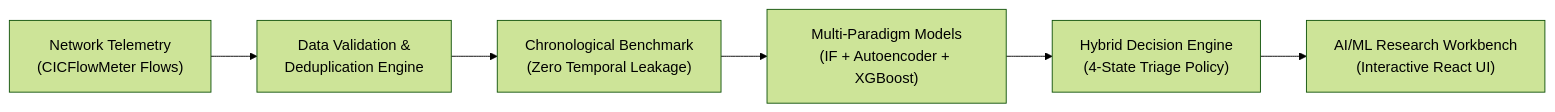
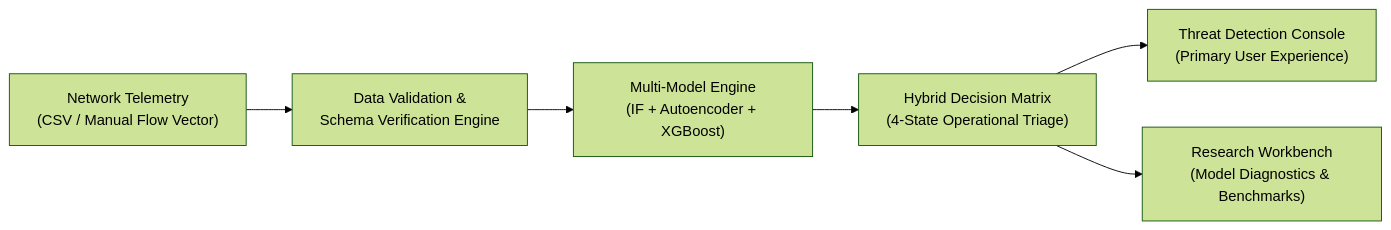
Before and after one commit to Nitin-0017/Netdefy: the first of 2 diagrams in README.md, drawn with Mermaid (forest theme). The commit also changed other lines of this file and 39 other files, not shown here.

````diff
--- a/README.md
+++ b/README.md
@@ -26,8 +35,8 @@
 ```mermaid
 flowchart LR
-    A["Network Telemetry\n(CICFlowMeter Flows)"] --> B["Data Validation &\nDeduplication Engine"]
-    B --> C["Chronological Benchmark\n(Zero Temporal Leakage)"]
-    C --> D["Multi-Paradigm Models\n(IF + Autoencoder + XGBoost)"]
-    D --> E["Hybrid Decision Engine\n(4-State Triage Policy)"]
-    E --> F["AI/ML Research Workbench\n(Interactive React UI)"]
+    A["Network Telemetry\n(CSV / Manual Flow Vector)"] --> B["Data Validation &\nSchema Verification Engine"]
+    B --> C["Multi-Model Engine\n(IF + Autoencoder + XGBoost)"]
+    C --> D["Hybrid Decision Matrix\n(4-State Operational Triage)"]
+    D --> E["Threat Detection Console\n(Primary User Experience)"]
+    D --> F["Research Workbench\n(Model Diagnostics & Benchmarks)"]
 ```
````
